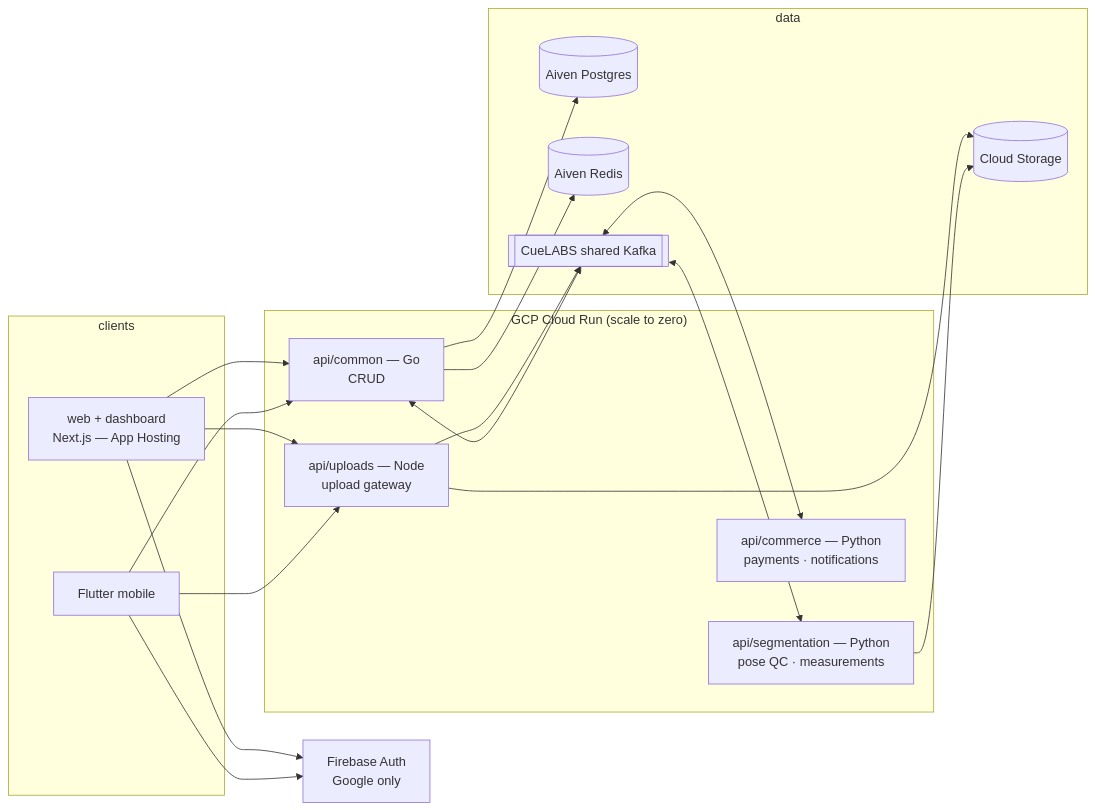
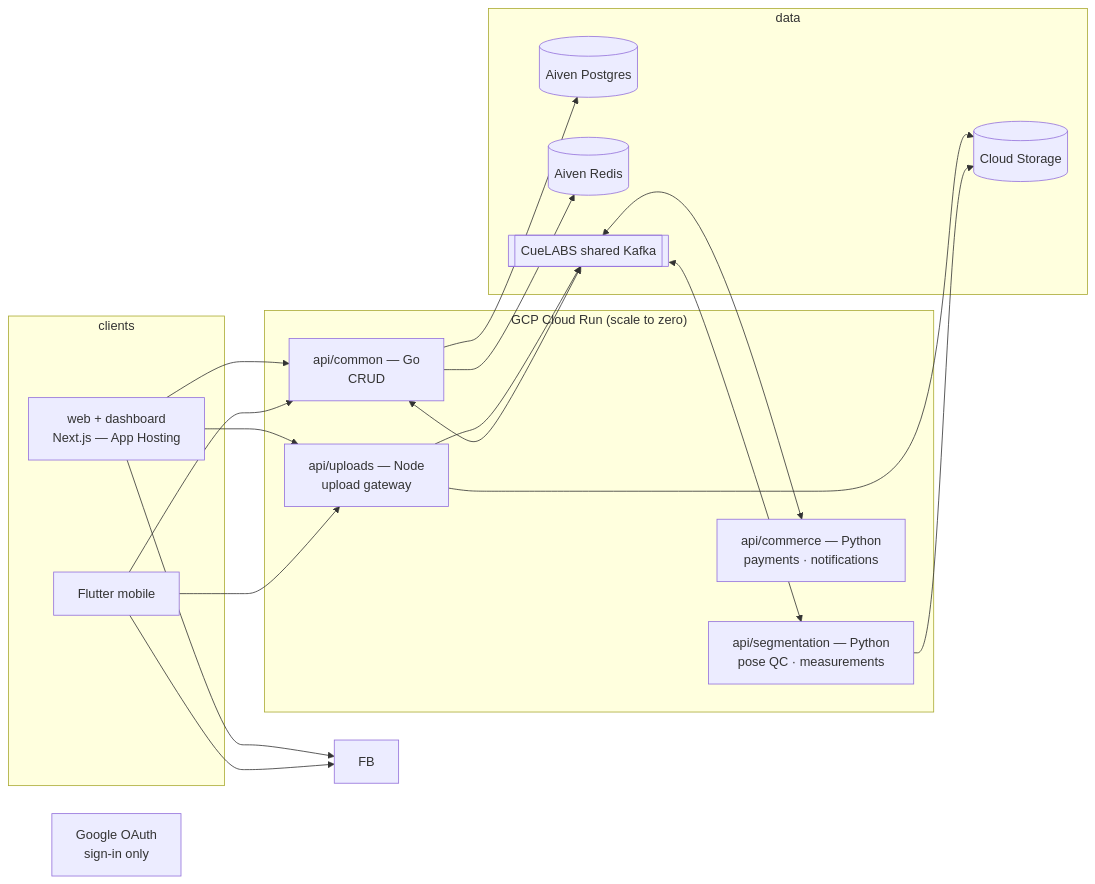
One commit to cuesoftinc/apparule changed the diagram in docs/overview.md. Above: the diagram before and after it, drawn with Mermaid. The commit also changed other lines of this file and 96 other files, not shown here.

First line of the commit message:
feat: Google sign-in through the API handoff on web and mobile (#274)

````diff
--- a/docs/overview.md
+++ b/docs/overview.md
@@ -10,34 +10,34 @@
 ```mermaid
 flowchart LR
     subgraph clients
         WEB[web + dashboard<br/>Next.js — App Hosting]
         MOB[Flutter mobile]
     end
-    FB[Firebase Auth<br/>Google only]
+    GO[Google OAuth<br/>sign-in only]
     subgraph server["GCP Cloud Run (scale to zero)"]
         AC[api/common — Go<br/>CRUD]
         UP[api/uploads — Node<br/>upload gateway]
         SG[api/segmentation — Python<br/>pose QC · measurements]
         CM[api/commerce — Python<br/>payments · notifications]
     end
     subgraph data
         PG[(Aiven Postgres)]
         CS[(Cloud Storage)]
         RD[(Aiven Redis)]
         K[[CueLABS shared Kafka]]
     end
     WEB --> FB
     MOB --> FB
     WEB --> AC
     MOB --> AC
     WEB --> UP
     MOB --> UP
     AC --> PG
     AC --> RD
     UP --> CS
     UP --> K
     AC <--> K
     K <--> SG
     K <--> CM
     SG --> CS
 ```
````
